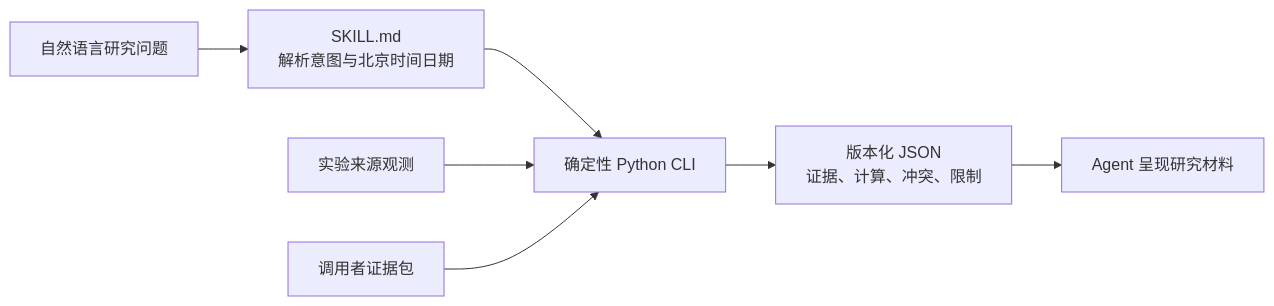
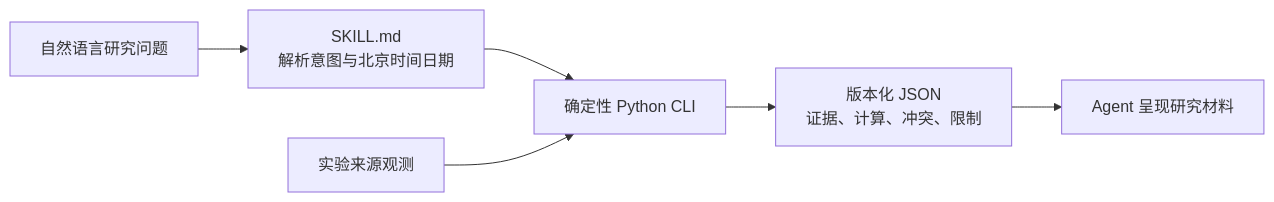
The diagram in README.md (RedHeartSecretMan/a-share-research-skill), drawn with Mermaid before and after one commit. The commit also changed other lines of this file and 9 other files, not shown here.

````diff
--- a/README.md
+++ b/README.md
@@ -54,9 +51,8 @@
 ```mermaid
 flowchart LR
     A["自然语言研究问题"] --> B["SKILL.md<br/>解析意图与北京时间日期"]
     B --> C["确定性 Python CLI"]
     D["实验来源观测"] --> C
-    E["调用者证据包"] --> C
     C --> F["版本化 JSON<br/>证据、计算、冲突、限制"]
     F --> G["Agent 呈现研究材料"]
 ```
````
